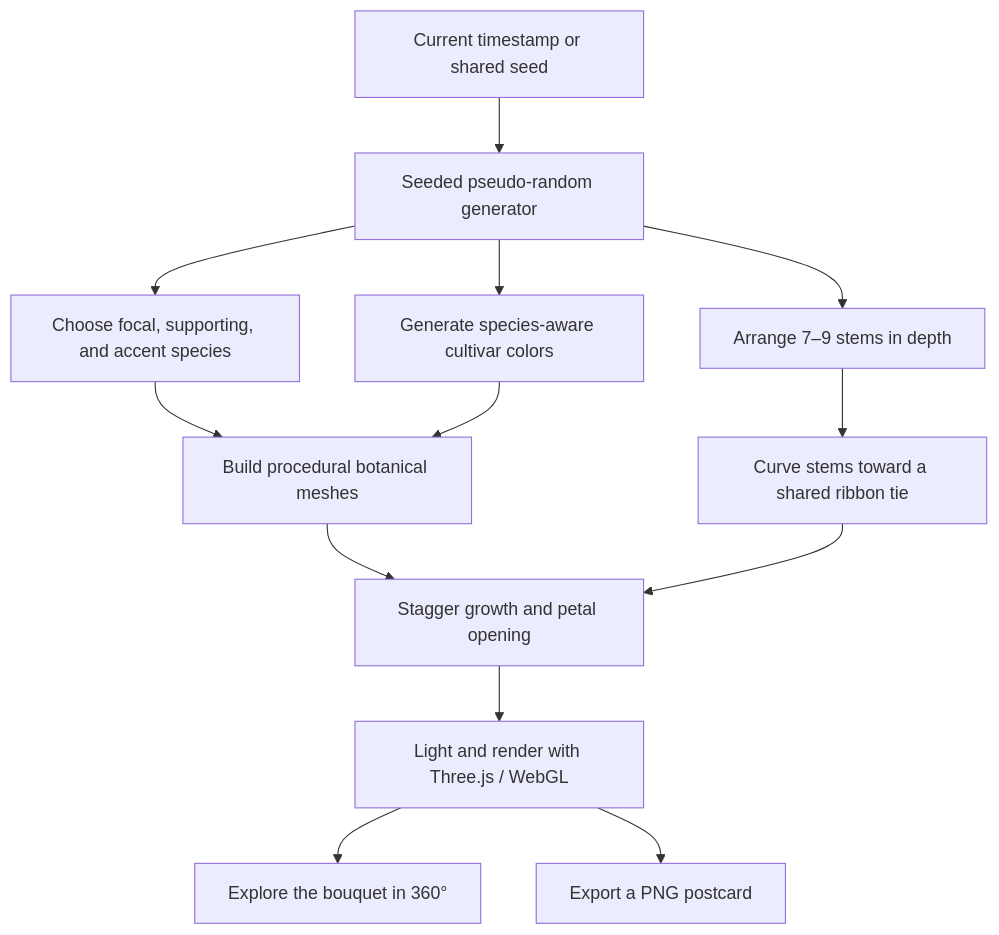
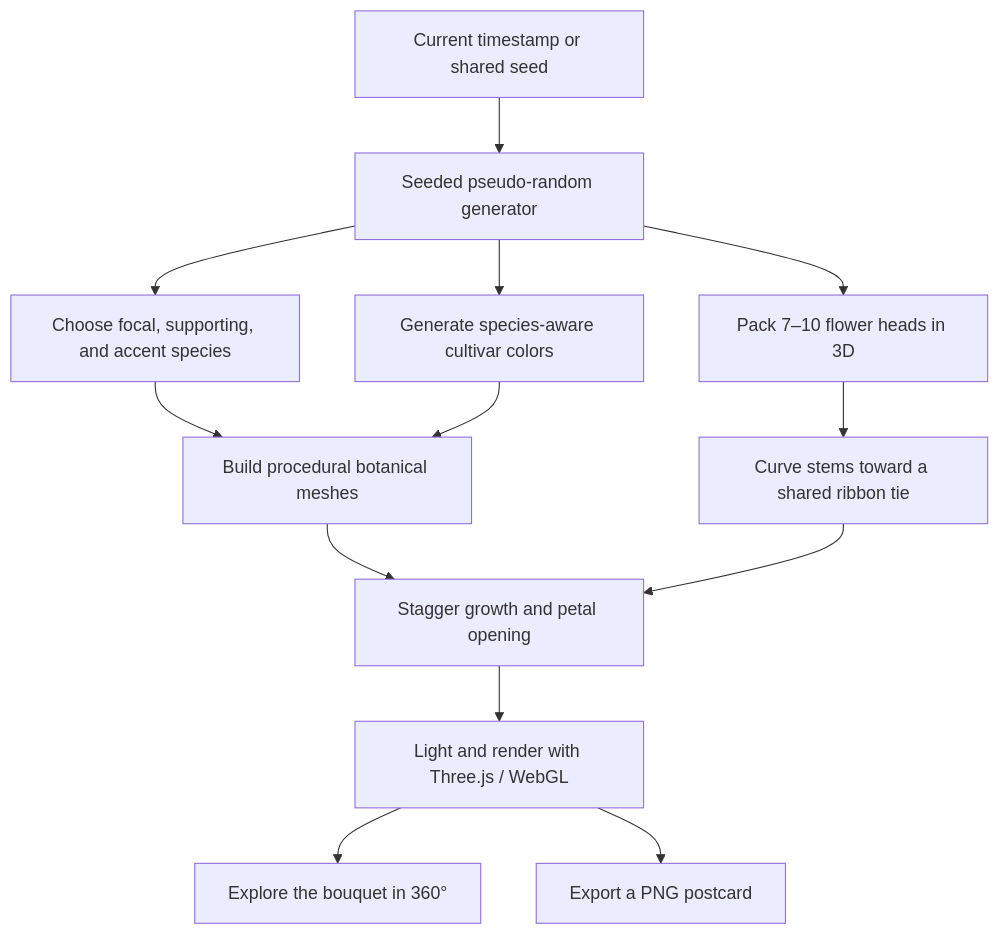
One commit to mesterM12/moment-garden changed the diagram in README.md. Above: the diagram before and after it, drawn with Mermaid. The commit also changed other lines of this file and 18 other files, not shown here.

Commit message:
Rebrand as Flowers for You and grow collision-aware bouquets

````diff
--- a/README.md
+++ b/README.md
@@ -99,15 +105,15 @@
 ```mermaid
 flowchart TD
     A[Current timestamp or shared seed] --> B[Seeded pseudo-random generator]
     B --> C[Choose focal, supporting, and accent species]
     B --> D[Generate species-aware cultivar colors]
-    B --> E[Arrange 7–9 stems in depth]
+    B --> E[Pack 7–10 flower heads in 3D]
     C --> F[Build procedural botanical meshes]
     D --> F
     E --> G[Curve stems toward a shared ribbon tie]
     F --> H[Stagger growth and petal opening]
     G --> H
     H --> I[Light and render with Three.js / WebGL]
     I --> J[Explore the bouquet in 360°]
     I --> K[Export a PNG postcard]
 ```
````
